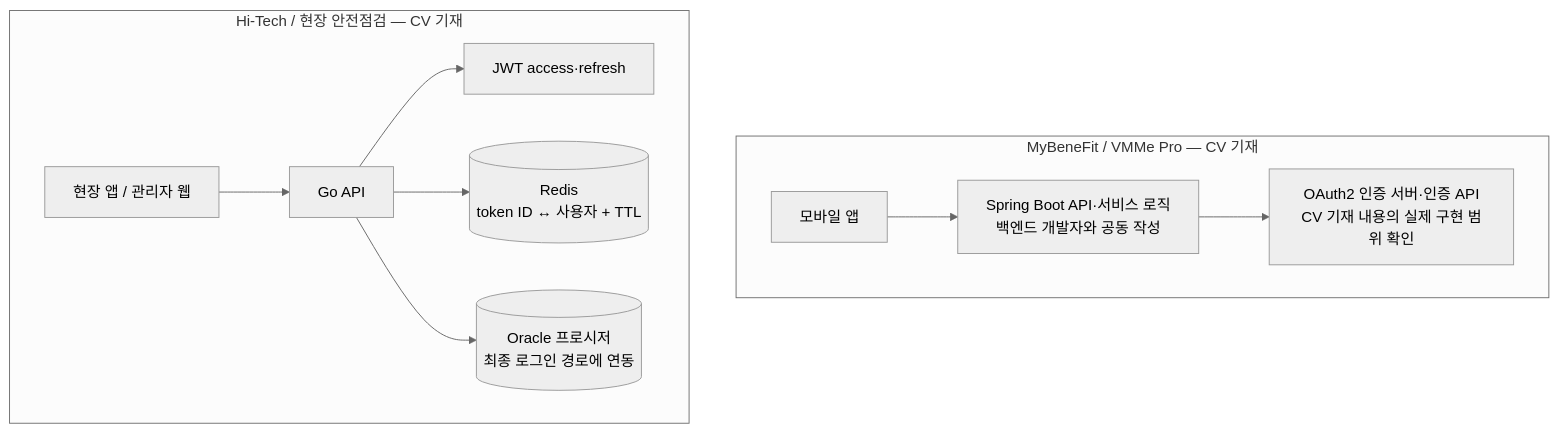
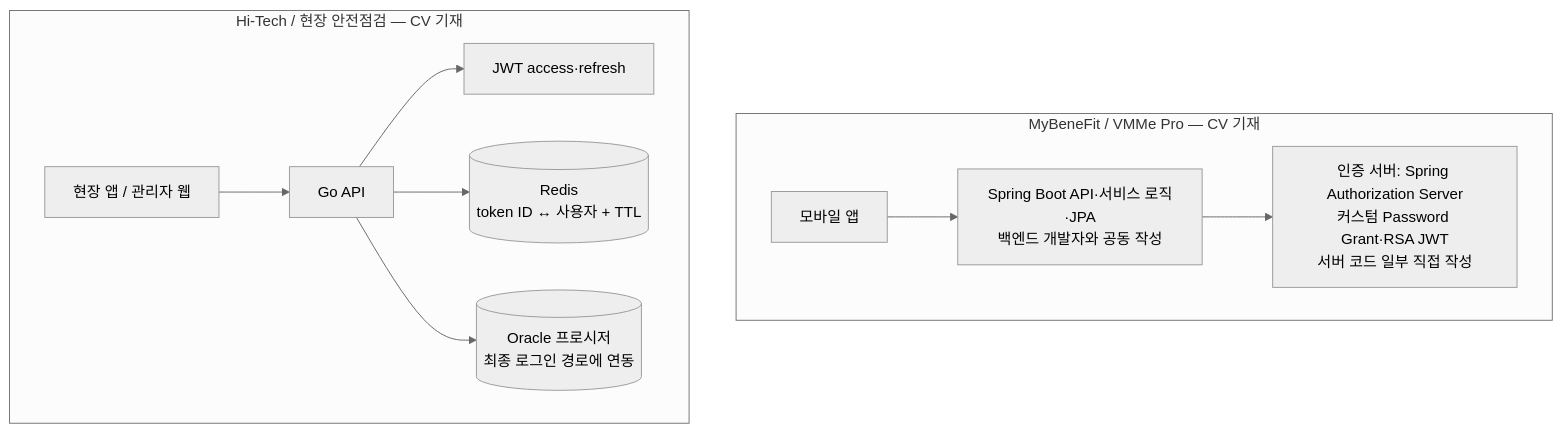
Before and after one commit to youngmin-gwon/what-i-studied: the diagram in 01_inbox/interviews/bakcend/waug/02_이력서_경험_API_인증.md, drawn with Mermaid (neutral theme). The commit also changed other lines of this file and 5 other files, not shown here.

````diff
--- a/01_inbox/interviews/bakcend/waug/02_이력서_경험_API_인증.md
+++ b/01_inbox/interviews/bakcend/waug/02_이력서_경험_API_인증.md
@@ -32,13 +32,13 @@
 ```mermaid
 flowchart TB
     subgraph RECENT[MyBeneFit / VMMe Pro — CV 기재]
-      MA[모바일 앱] --> MS[Spring Boot API·서비스 로직<br/>백엔드 개발자와 공동 작성]
-      MS --> MO[OAuth2 인증 서버·인증 API<br/>CV 기재 내용의 실제 구현 범위 확인]
+      MA[모바일 앱] --> MS[Spring Boot API·서비스 로직·JPA<br/>백엔드 개발자와 공동 작성]
+      MS --> MO[인증 서버: Spring Authorization Server<br/>커스텀 Password Grant·RSA JWT<br/>서버 코드 일부 직접 작성]
     end
     subgraph HIST[Hi-Tech / 현장 안전점검 — CV 기재]
       HA[현장 앱 / 관리자 웹] --> GO[Go API]
       GO --> JWT[JWT access·refresh]
       GO --> REDIS[(Redis<br/>token ID ↔ 사용자 + TTL)]
       GO --> ORA[(Oracle 프로시저<br/>최종 로그인 경로에 연동)]
     end
 ```
````
